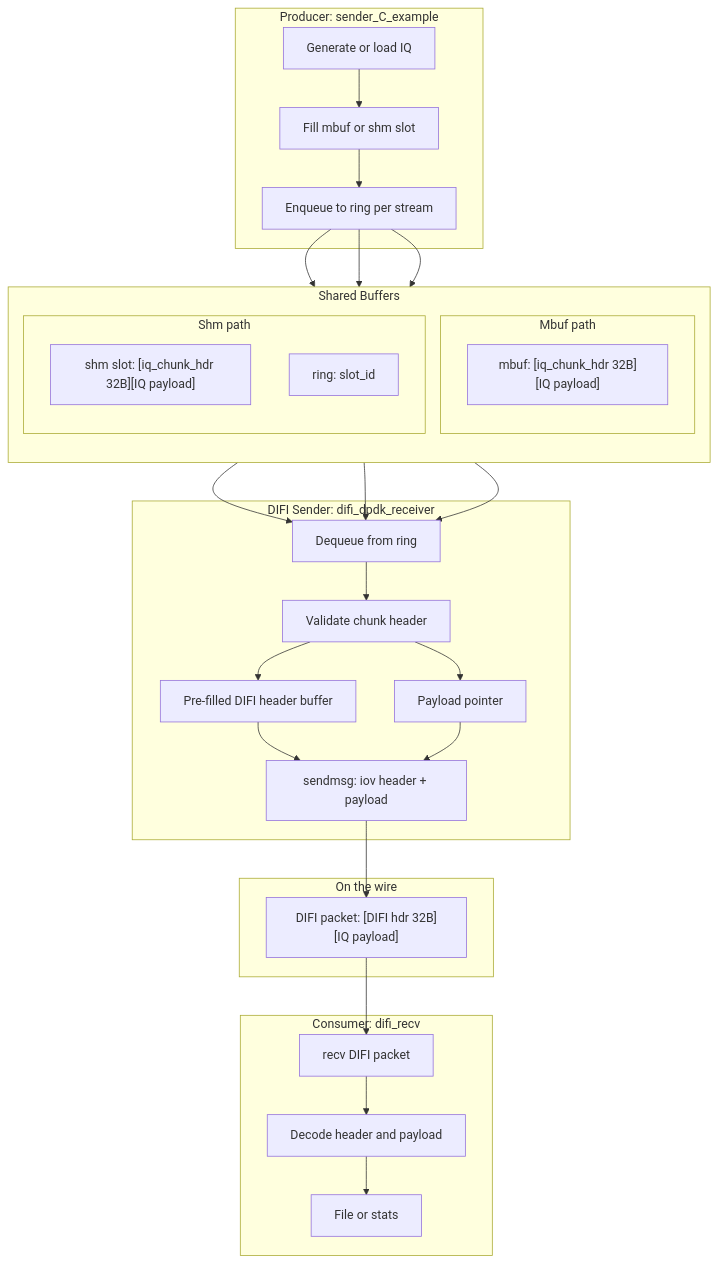
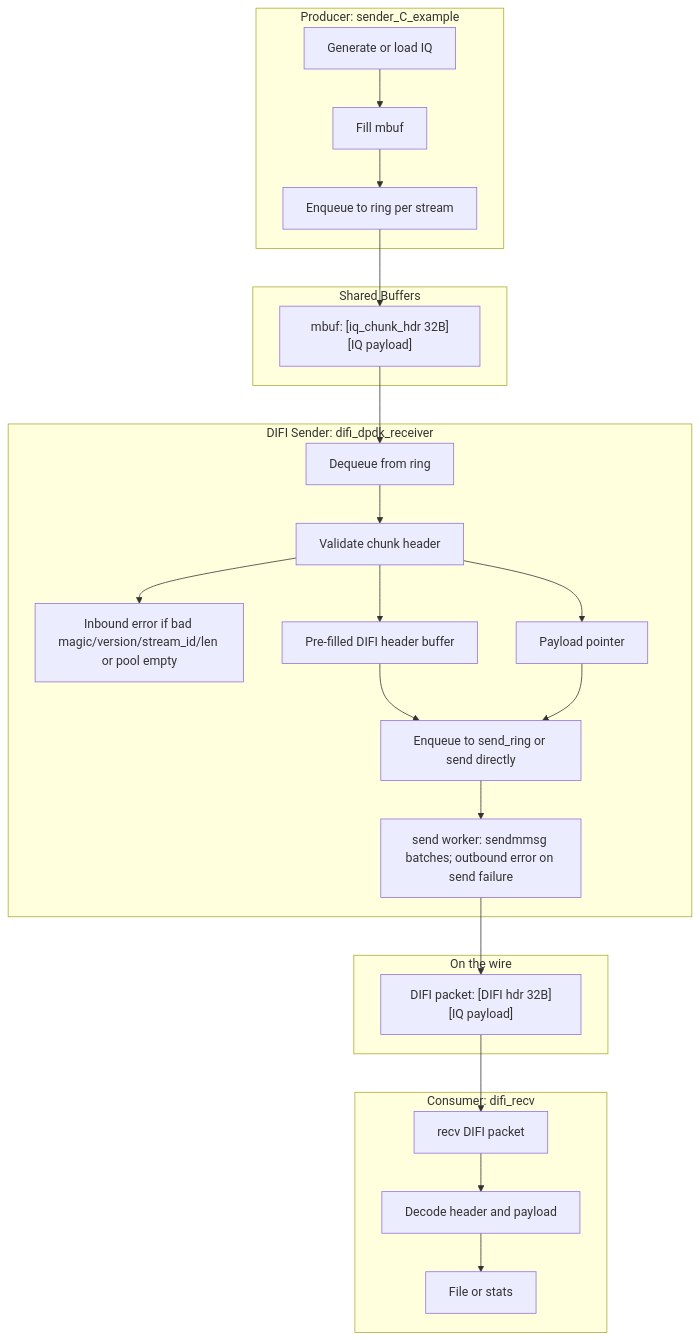
The second of 3 diagrams in docs/DIFI_IQ_Dataflow.md (siot-marius-monton/DIFI_API), drawn with Mermaid before and after one commit. The commit also changed other lines of this file and 7 other files, not shown here.

````diff
--- a/docs/DIFI_IQ_Dataflow.md
+++ b/docs/DIFI_IQ_Dataflow.md
@@ -60,55 +65,48 @@
 ```mermaid
 flowchart TB
   subgraph producer [Producer: sender_C_example]
     Gen[Generate or load IQ]
-    FillMbuf[Fill mbuf or shm slot]
+    FillMbuf[Fill mbuf]
     Enqueue[Enqueue to ring per stream]
     Gen --> FillMbuf
     FillMbuf --> Enqueue
   end
 
   subgraph buffers [Shared Buffers]
-    direction TB
-    subgraph mbuf_path [Mbuf path]
-      Mbuf["mbuf: [iq_chunk_hdr 32B][IQ payload]"]
-    end
-    subgraph shm_path [Shm path]
-      ShmSlot["shm slot: [iq_chunk_hdr 32B][IQ payload]"]
-      RingSlot["ring: slot_id"]
-    end
+    Mbuf["mbuf: [iq_chunk_hdr 32B][IQ payload]"]
   end
 
   subgraph difi_sender [DIFI Sender: difi_dpdk_receiver]
     Dequeue[Dequeue from ring]
     Validate[Validate chunk header]
+    InboundErr[Inbound error if bad magic/version/stream_id/len or pool empty]
     Header[Pre-filled DIFI header buffer]
     PayloadPtr[Payload pointer]
-    SendMsg[sendmsg: iov header + payload]
+    ToSend[Enqueue to send_ring or send directly]
+    SendMsg[send worker: sendmmsg batches; outbound error on send failure]
     Dequeue --> Validate
+    Validate --> InboundErr
     Validate --> Header
     Validate --> PayloadPtr
-    Header --> SendMsg
-    PayloadPtr --> SendMsg
+    Header --> ToSend
+    PayloadPtr --> ToSend
+    ToSend --> SendMsg
   end
 
   subgraph wire [On the wire]
     DIFI["DIFI packet: [DIFI hdr 32B][IQ payload]"]
   end
 
   subgraph consumer [Consumer: difi_recv]
     Recv[recv DIFI packet]
     Decode[Decode header and payload]
     Out[File or stats]
     Recv --> Decode
     Decode --> Out
   end
 
   Enqueue --> Mbuf
-  Enqueue --> ShmSlot
-  Enqueue --> RingSlot
   Mbuf --> Dequeue
-  ShmSlot --> Dequeue
-  RingSlot --> Dequeue
   SendMsg --> DIFI
   DIFI --> Recv
 ```
````
